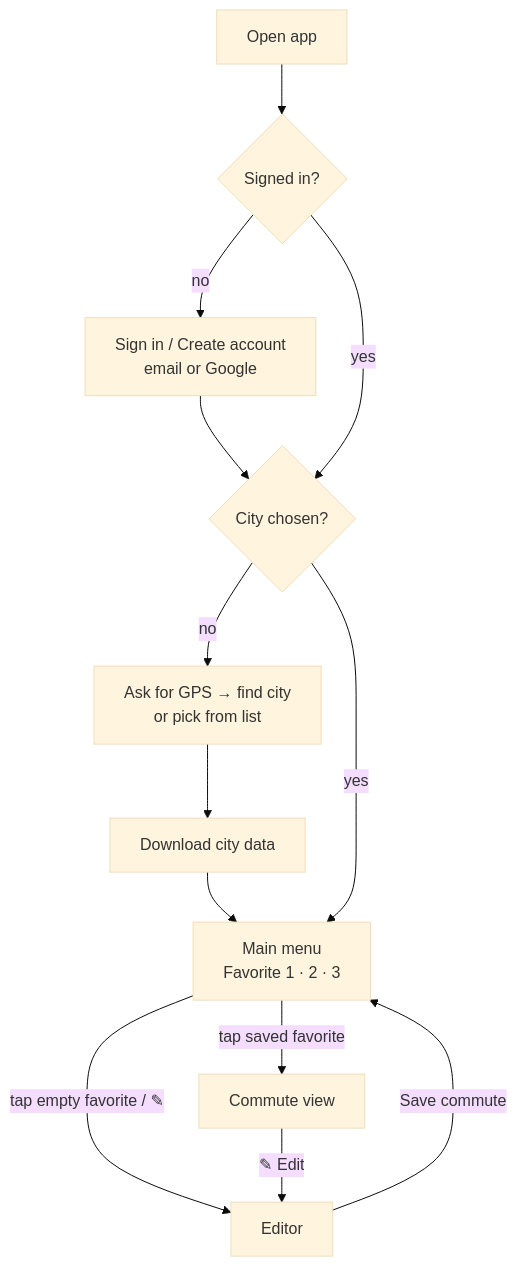
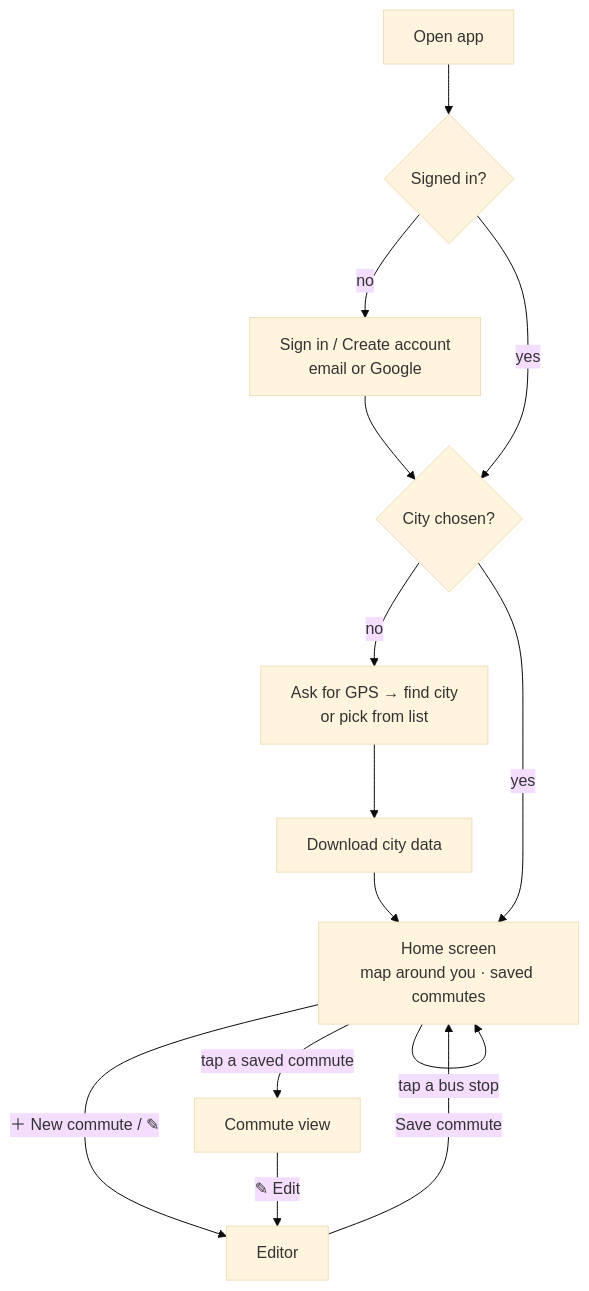
One commit to eilonlevin3/Knight-Bus changed the first of 2 diagrams in docs/user-flows.md. Above: the diagram before and after it, drawn with Mermaid (base theme). The commit also changed other lines of this file and 22 other files, not shown here.

First line of the commit message:
Home screen: map around you, tap a stop to explore its lines; only saved commutes, named by the user

````diff
--- a/docs/user-flows.md
+++ b/docs/user-flows.md
@@ -5,15 +5,16 @@
 ```mermaid
 flowchart TD
   A[Open app] --> B{Signed in?}
   B -- no --> L[Sign in / Create account<br/>email or Google]
   L --> C
   B -- yes --> C{City chosen?}
   C -- no --> G[Ask for GPS → find city<br/>or pick from list]
   G --> D[Download city data]
   D --> M
-  C -- yes --> M[Main menu<br/>Favorite 1 · 2 · 3]
-  M -- tap empty favorite / ✎ --> E[Editor]
-  M -- tap saved favorite --> V[Commute view]
+  C -- yes --> M[Home screen<br/>map around you · saved commutes]
+  M -- ＋ New commute / ✎ --> E[Editor]
+  M -- tap a saved commute --> V[Commute view]
+  M -- tap a bus stop --> M
   V -- ✎ Edit --> E
   E -- Save commute --> M
 ```
````
